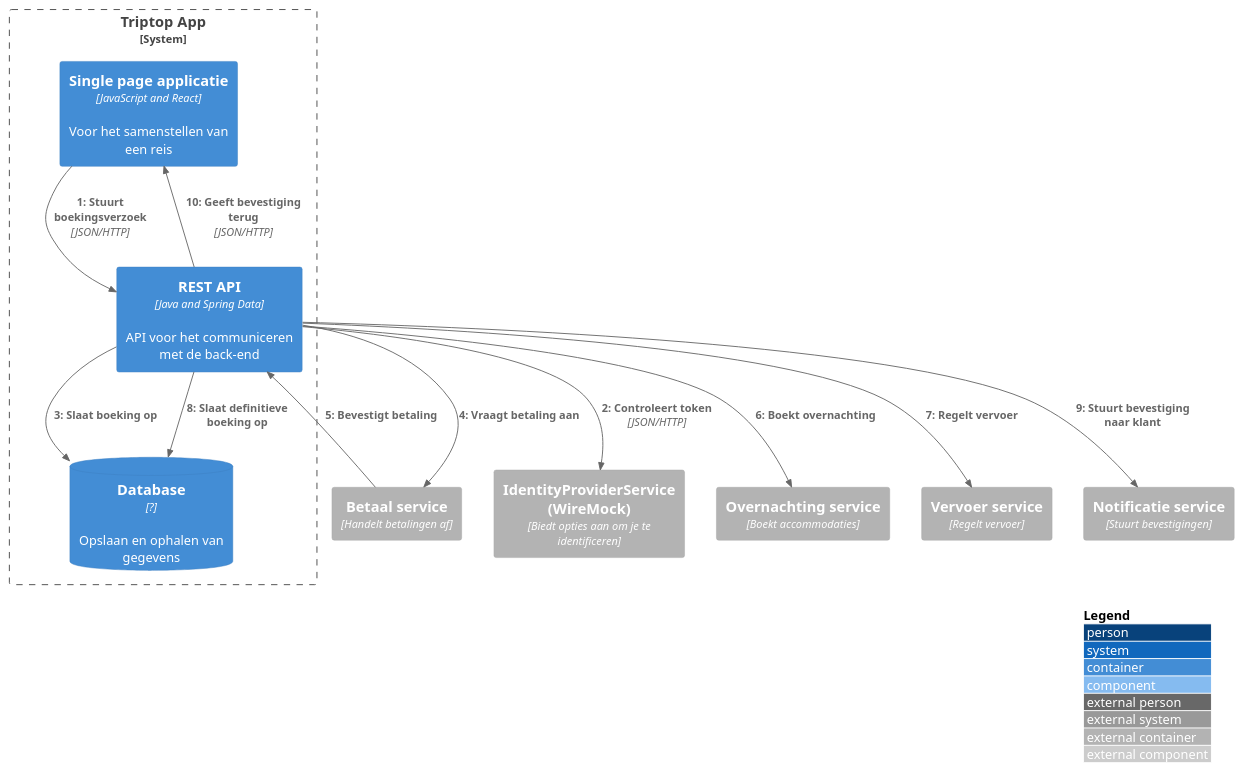
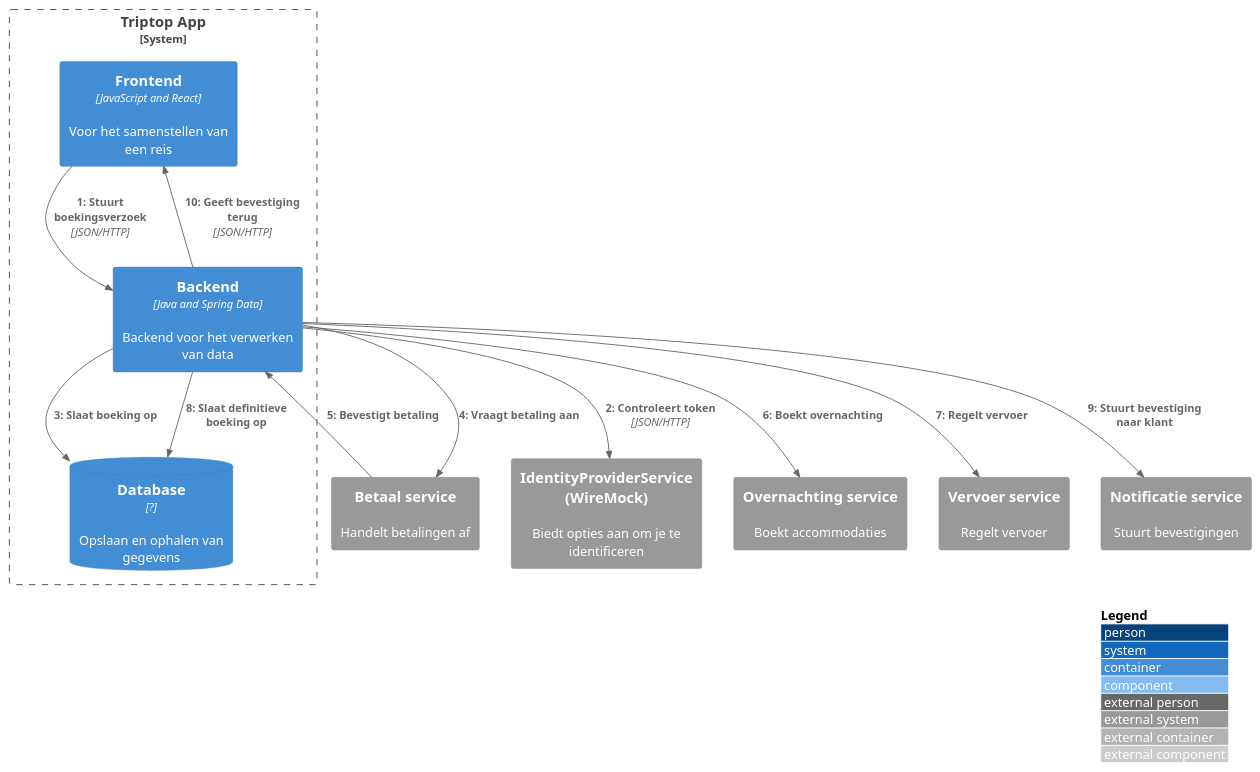
Before and after one commit to AIM-ENE-feb25/triptop-de-broederbond-fgs: the diagram in groeps-uitwerkingen/week1/diagrammen/container/reis-boeken-dynamisch-container-diagram.puml, drawn with PlantUML. The commit also changed 3 other files, not shown here.

```diff
--- a/groeps-uitwerkingen/week1/diagrammen/container/reis-boeken-dynamisch-container-diagram.puml
+++ b/groeps-uitwerkingen/week1/diagrammen/container/reis-boeken-dynamisch-container-diagram.puml
@@ -1,32 +1,32 @@
 @startuml
 
 !include https://raw.githubusercontent.com/plantuml-stdlib/C4-PlantUML/master/C4_Dynamic.puml
 
 SHOW_PERSON_OUTLINE()
 LAYOUT_WITH_LEGEND()
 
 System_Boundary(tripTopApp, "Triptop App") {
-    Container(singlePageApp, "Single page applicatie", "JavaScript and React", "Voor het samenstellen van een reis")
-    Container(restAPI, "REST API", "Java and Spring Data", "API voor het communiceren met de back-end")
+    Container(frontend, "Frontend", "JavaScript and React", "Voor het samenstellen van een reis")
+    Container(restAPI, "Backend", "Java and Spring Data", "Backend voor het verwerken van data")
     ContainerDb(database, "Database", "?", "Opslaan en ophalen van gegevens")
 }
 
-Container_Ext(identityProviderService, "IdentityProviderService (WireMock)", "Biedt opties aan om je te identificeren")
-Container_Ext(overnachtingService, "Overnachting service", "Boekt accommodaties")
-Container_Ext(vervoerService, "Vervoer service", "Regelt vervoer")
-Container_Ext(paymentService, "Betaal service", "Handelt betalingen af")
-Container_Ext(noticationService, "Notificatie service", "Stuurt bevestigingen")
+System_Ext(identityProviderService, "IdentityProviderService (WireMock)", "Biedt opties aan om je te identificeren")
+System_Ext(overnachtingService, "Overnachting service", "Boekt accommodaties")
+System_Ext(vervoerService, "Vervoer service", "Regelt vervoer")
+System_Ext(paymentService, "Betaal service", "Handelt betalingen af")
+System_Ext(noticationService, "Notificatie service", "Stuurt bevestigingen")
 
-Rel_D(singlePageApp, restAPI, "Stuurt boekingsverzoek", "JSON/HTTP")
+Rel_D(frontend, restAPI, "Stuurt boekingsverzoek", "JSON/HTTP")
 ' Om te voorkomen dat een andere gebruiken deze boeking kan 'overnemen'
 Rel(restAPI, identityProviderService, "Controleert token", "JSON/HTTP")
 Rel_D(restAPI, database, "Slaat boeking op")
 Rel_D(restAPI, paymentService, "Vraagt betaling aan")
 Rel_D(paymentService, restAPI, "Bevestigt betaling")
 Rel_D(restAPI, overnachtingService, "Boekt overnachting")
 Rel_D(restAPI, vervoerService, "Regelt vervoer")
 Rel_D(restAPI, database, "Slaat definitieve boeking op")
 Rel_D(restAPI, noticationService, "Stuurt bevestiging naar klant")
-Rel(restAPI, singlePageApp, "Geeft bevestiging terug", "JSON/HTTP")
+Rel(restAPI, frontend, "Geeft bevestiging terug", "JSON/HTTP")
 
 @enduml
```
